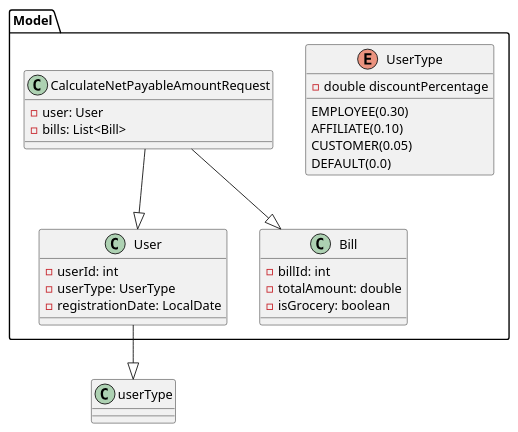
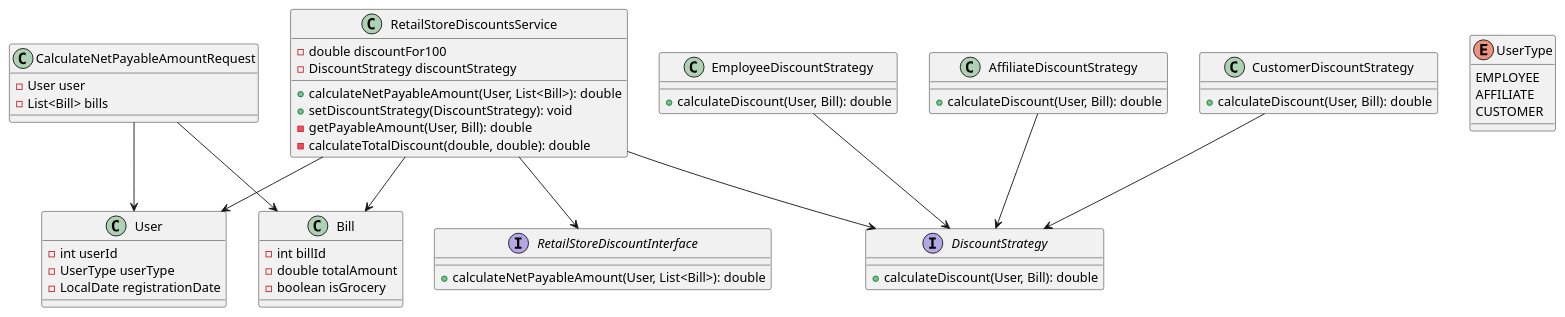
The diagram in README.md (Nkm17000/retail_discount), drawn with PlantUML before and after one commit. The commit also changed other lines of this file and 2 other files, not shown here.

Commit message:
# change is readme file according to interface implementation

````diff
--- a/README.md
+++ b/README.md
@@ -110,36 +110,68 @@
 ```puml
 @startuml
 
-package "Model" {
-    class User {
-        - userId: int
-        - userType: UserType
-        - registrationDate: LocalDate
-    }
-
-        enum UserType {
-            EMPLOYEE(0.30)
-            AFFILIATE(0.10)
-            CUSTOMER(0.05)
-            DEFAULT(0.0)
-            - double discountPercentage
-        }
-
-    class Bill {
-        - billId: int
-        - totalAmount: double
-        - isGrocery: boolean
-    }
-
-    class CalculateNetPayableAmountRequest {
-        - user: User
-        - bills: List<Bill>
-    }
+class CalculateNetPayableAmountRequest {
+    - User user
+    - List<Bill> bills
 }
 
-CalculateNetPayableAmountRequest --|> User
-CalculateNetPayableAmountRequest --|> Bill
-User --|> userType
+class User {
+    - int userId
+    - UserType userType
+    - LocalDate registrationDate
+}
+
+enum UserType {
+    EMPLOYEE
+    AFFILIATE
+    CUSTOMER
+}
+
+class Bill {
+    - int billId
+    - double totalAmount
+    - boolean isGrocery
+}
+
+interface DiscountStrategy {
+    + calculateDiscount(User, Bill): double
+}
+
+class EmployeeDiscountStrategy {
+    + calculateDiscount(User, Bill): double
+}
+
+class AffiliateDiscountStrategy {
+    + calculateDiscount(User, Bill): double
+}
+
+class CustomerDiscountStrategy {
+    + calculateDiscount(User, Bill): double
+}
+
+interface RetailStoreDiscountInterface {
+    + calculateNetPayableAmount(User, List<Bill>): double
+}
+
+class RetailStoreDiscountsService {
+    - double discountFor100
+    - DiscountStrategy discountStrategy
+    + calculateNetPayableAmount(User, List<Bill>): double
+    + setDiscountStrategy(DiscountStrategy): void
+    - getPayableAmount(User, Bill): double
+    - calculateTotalDiscount(double, double): double
+}
+
+CalculateNetPayableAmountRequest --> User
+CalculateNetPayableAmountRequest --> Bill
+RetailStoreDiscountsService --> RetailStoreDiscountInterface
+RetailStoreDiscountsService --> User
+RetailStoreDiscountsService --> Bill
+RetailStoreDiscountsService --> DiscountStrategy
+EmployeeDiscountStrategy --> DiscountStrategy
+AffiliateDiscountStrategy --> DiscountStrategy
+CustomerDiscountStrategy --> DiscountStrategy
 
 @enduml
+
 ```
````
